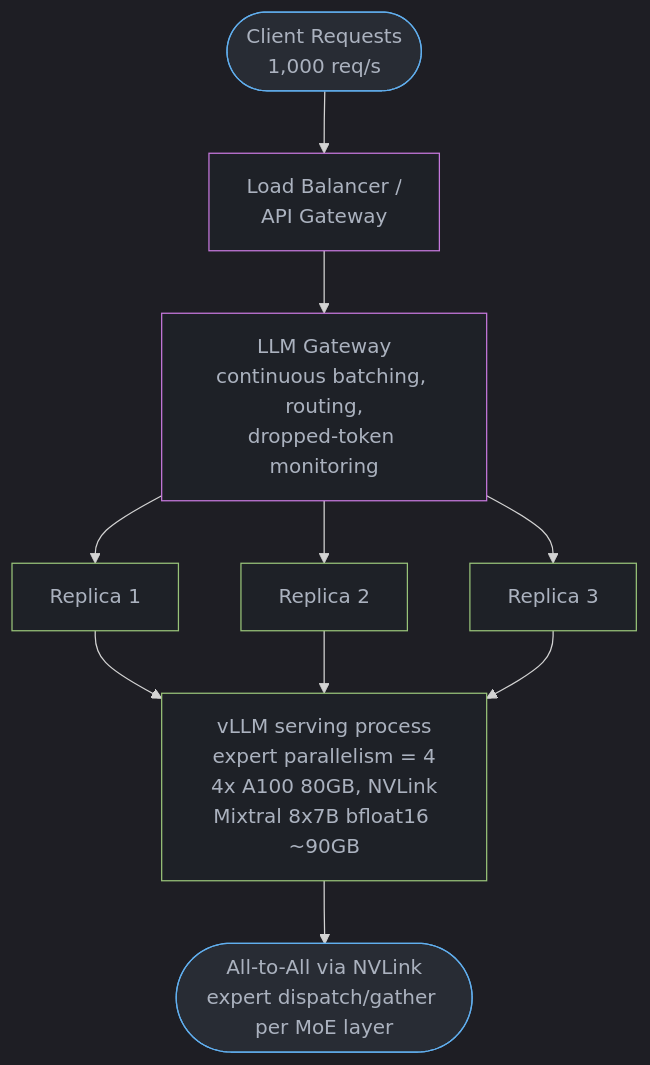
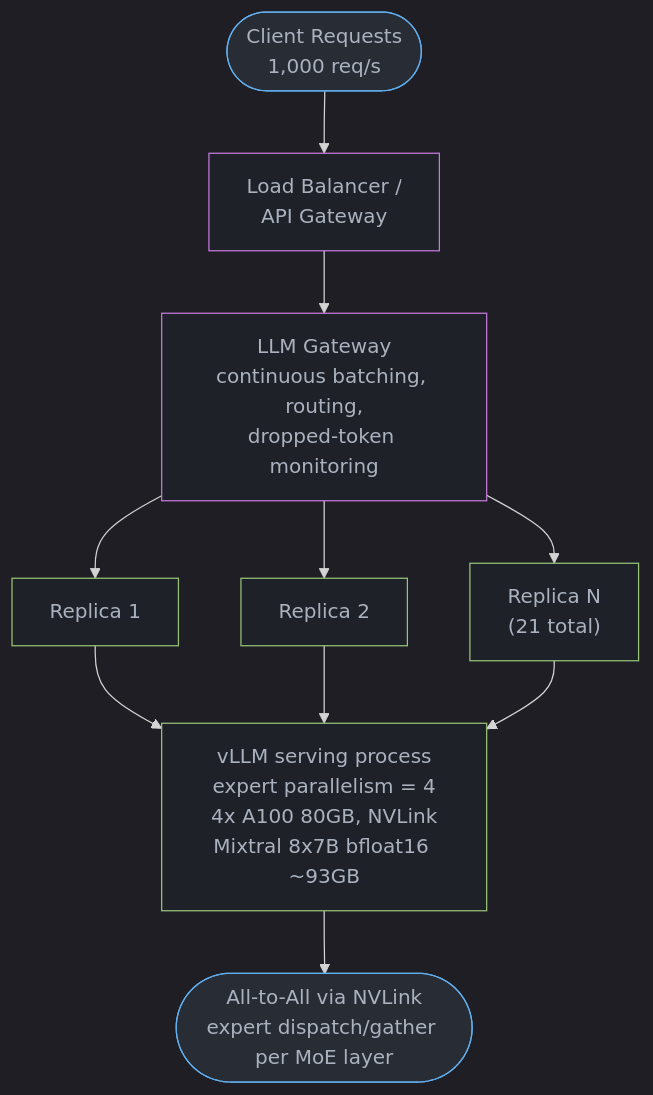
One commit to rppol/system-design changed the third of 3 diagrams in src/main/java/com/rutik/systemdesign/llm/mixture_of_experts/README.md. Above: the diagram before and after it, drawn with Mermaid. The commit also changed other lines of this file and 113 other files, not shown here.

````diff
--- a/src/main/java/com/rutik/systemdesign/llm/mixture_of_experts/README.md
+++ b/src/main/java/com/rutik/systemdesign/llm/mixture_of_experts/README.md
@@ -760,17 +784,17 @@
 ```mermaid
 %%{init: {'flowchart': {'curve': 'basis'}, 'theme': 'dark'}}%%
 flowchart TD
     Client(["Client Requests<br/>1,000 req/s"]) --> LB["Load Balancer /<br/>API Gateway"]
     LB --> Gateway["LLM Gateway<br/>continuous batching, routing,<br/>dropped-token monitoring"]
-    Gateway --> R1["Replica 1"] & R2["Replica 2"] & R3["Replica 3"]
-    R1 & R2 & R3 --> Serve["vLLM serving process<br/>expert parallelism = 4<br/>4x A100 80GB, NVLink<br/>Mixtral 8x7B bfloat16 ~90GB"]
+    Gateway --> R1["Replica 1"] & R2["Replica 2"] & R3["Replica N<br/>(21 total)"]
+    R1 & R2 & R3 --> Serve["vLLM serving process<br/>expert parallelism = 4<br/>4x A100 80GB, NVLink<br/>Mixtral 8x7B bfloat16 ~93GB"]
     Serve --> AllToAll(["All-to-All via NVLink<br/>expert dispatch/gather per MoE layer"])
 
     classDef io   fill:#282c34,stroke:#61afef,color:#abb2bf
     classDef proc fill:#1e2127,stroke:#98c379,color:#abb2bf
     classDef llm  fill:#1e2127,stroke:#c678dd,color:#abb2bf
 
     class Client,AllToAll io
     class LB,Gateway llm
     class R1,R2,R3,Serve proc
 ```
````
